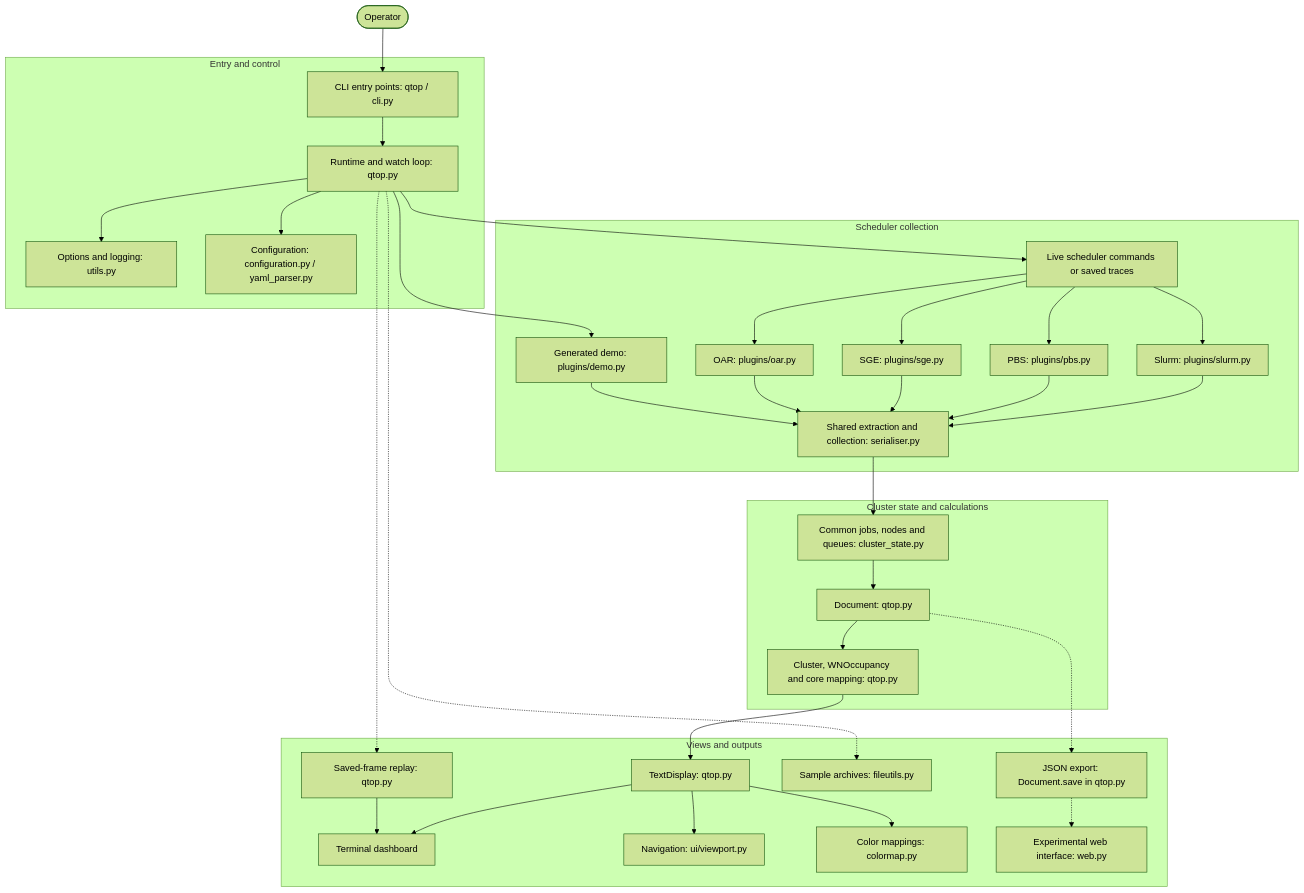
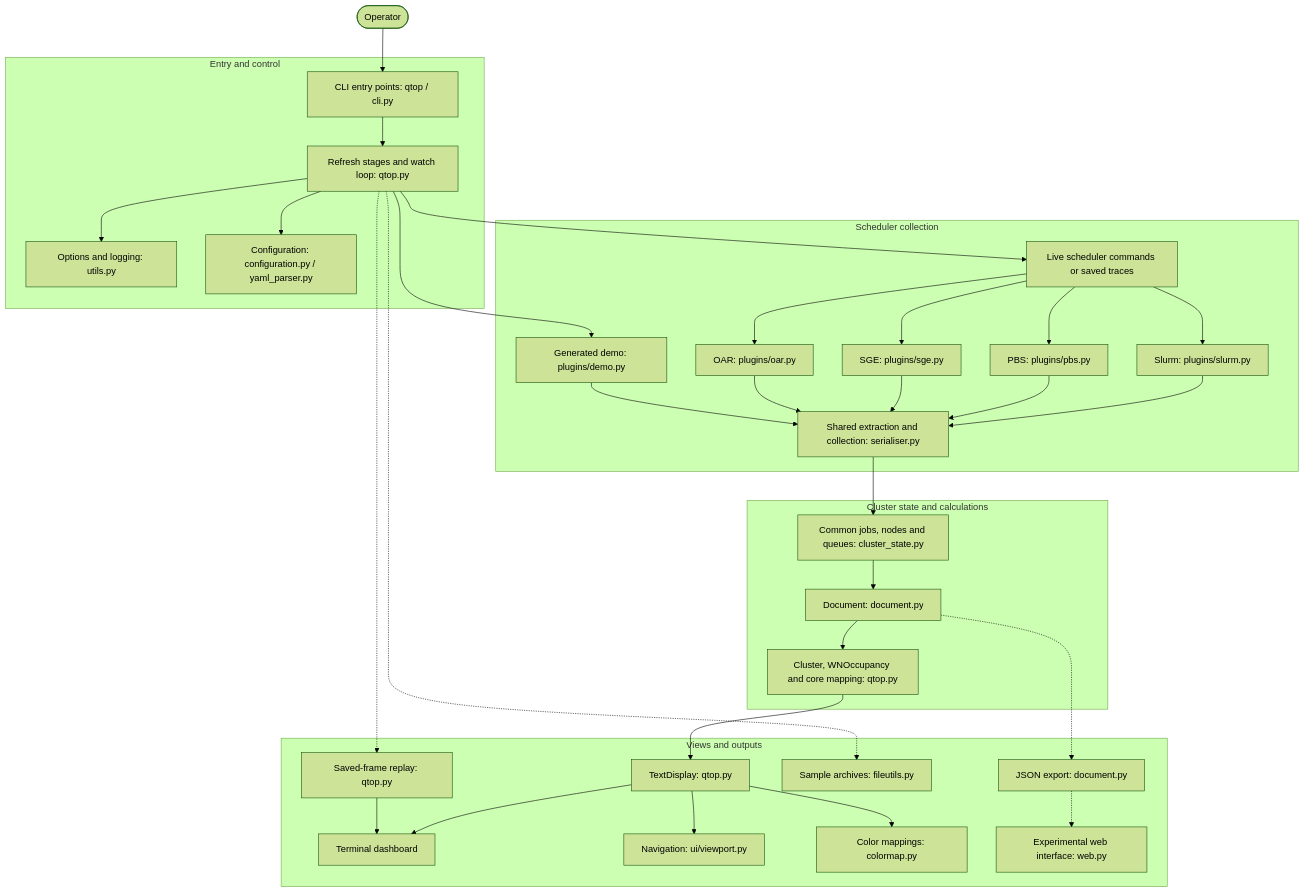
Before and after one commit to qtop/qtop: the diagram in docs/architecture.md, drawn with Mermaid (forest theme). The commit also changed other lines of this file and 13 other files, not shown here.

Commit message:
Refactor: split refresh stages and centralize state and cleanup

````diff
--- a/docs/architecture.md
+++ b/docs/architecture.md
@@ -16,65 +16,65 @@
 ```mermaid
 flowchart TB
     operator([Operator])
 
     subgraph entry["Entry and control"]
         cli["CLI entry points: qtop / cli.py"]
-        runtime["Runtime and watch loop: qtop.py"]
+        runtime["Refresh stages and watch loop: qtop.py"]
         options["Options and logging: utils.py"]
         config["Configuration: configuration.py / yaml_parser.py"]
         cli --> runtime
         runtime --> options
         runtime --> config
     end
     operator --> cli
 
     subgraph collection["Scheduler collection"]
         files["Live scheduler commands or saved traces"]
         slurm["Slurm: plugins/slurm.py"]
         pbs["PBS: plugins/pbs.py"]
         sge["SGE: plugins/sge.py"]
         oar["OAR: plugins/oar.py"]
         demo["Generated demo: plugins/demo.py"]
         shared["Shared extraction and collection: serialiser.py"]
         files --> slurm
         files --> pbs
         files --> sge
         files --> oar
         slurm --> shared
         pbs --> shared
         sge --> shared
         oar --> shared
         demo --> shared
     end
     runtime --> files
     runtime --> demo
 
     subgraph state["Cluster state and calculations"]
         model["Common jobs, nodes and queues: cluster_state.py"]
-        document["Document: qtop.py"]
+        document["Document: document.py"]
         calculations["Cluster, WNOccupancy and core mapping: qtop.py"]
         model --> document
         document --> calculations
     end
     shared --> model
 
     subgraph outputs["Views and outputs"]
         render["TextDisplay: qtop.py"]
         terminal["Terminal dashboard"]
         viewport["Navigation: ui/viewport.py"]
         colors["Color mappings: colormap.py"]
-        json["JSON export: Document.save in qtop.py"]
+        json["JSON export: document.py"]
         capture["Sample archives: fileutils.py"]
         replay["Saved-frame replay: qtop.py"]
         web["Experimental web interface: web.py"]
         render --> terminal
         render --> viewport
         render --> colors
         json -.-> web
         replay --> terminal
     end
     calculations --> render
     document -.-> json
     runtime -.-> capture
     runtime -.-> replay
 ```
````
